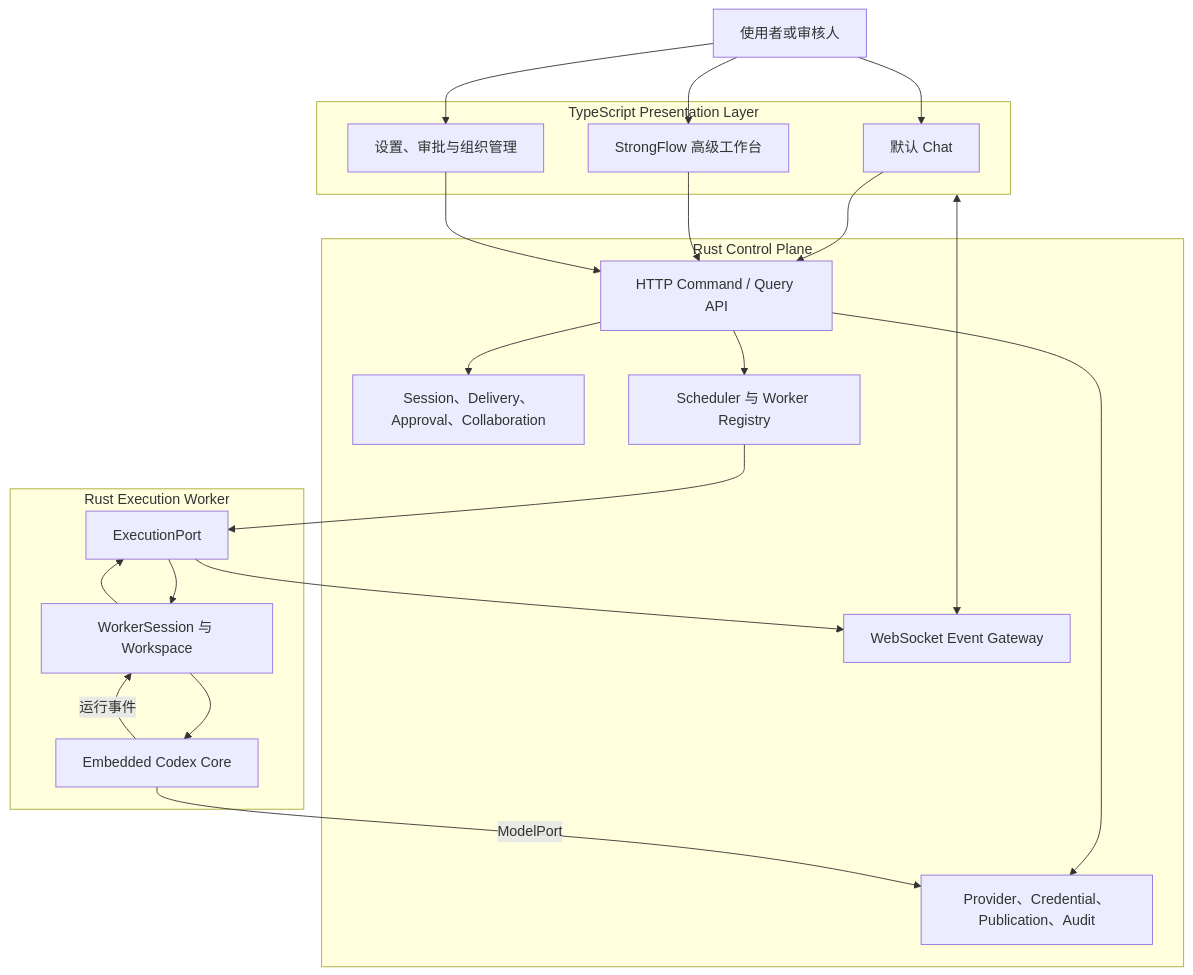
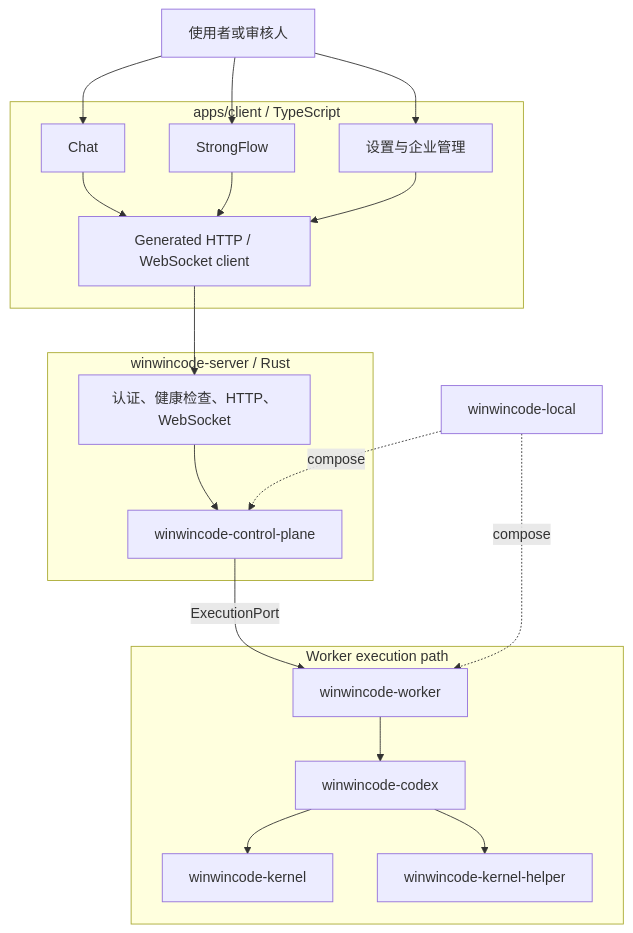
The first of 2 diagrams in docs/architecture.md (changw98ic/winwincode), drawn with Mermaid before and after one commit. The commit also changed other lines of this file and 722 other files, not shown here.

Commit message:
feat: complete Rust control plane cutover

````diff
--- a/docs/architecture.md
+++ b/docs/architecture.md
@@ -33,33 +48,29 @@
 ```mermaid
 flowchart TB
-  Human[使用者或审核人]
+  User[使用者或审核人]
+  subgraph Client[apps/client / TypeScript]
+    Chat[Chat]
+    Flow[StrongFlow]
+    Admin[设置与企业管理]
+    Generated[Generated HTTP / WebSocket client]
+  end
+  subgraph Server[winwincode-server / Rust]
+    Boundary[认证、健康检查、HTTP、WebSocket]
+    CP[winwincode-control-plane]
+  end
+  subgraph Execution[Worker execution path]
+    Worker[winwincode-worker]
+    Adapter[winwincode-codex]
+    Kernel[winwincode-kernel]
+    Helper[winwincode-kernel-helper]
+  end
+  Local[winwincode-local]
 
-  subgraph Web[TypeScript Presentation Layer]
-    Chat[默认 Chat]
-    Workbench[StrongFlow 高级工作台]
-    Admin[设置、审批与组织管理]
-  end
-
-  subgraph ControlPlane[Rust Control Plane]
-    API[HTTP Command / Query API]
-    Realtime[WebSocket Event Gateway]
-    Product[Session、Delivery、Approval、Collaboration]
-    Gateway[Provider、Credential、Publication、Audit]
-    Scheduler[Scheduler 与 Worker Registry]
-  end
-
-  subgraph Worker[Rust Execution Worker]
-    Port[ExecutionPort]
-    Runtime[WorkerSession 与 Workspace]
-    Kernel[Embedded Codex Core]
-  end
-
-  Human --> Chat & Workbench & Admin
-  Chat & Workbench & Admin --> API
-  Web <--> Realtime
-  API --> Product & Gateway & Scheduler
-  Scheduler --> Port
-  Port --> Runtime --> Kernel
-  Kernel -->|ModelPort| Gateway
-  Kernel -->|运行事件| Runtime --> Port --> Realtime
+  User --> Chat & Flow & Admin
+  Chat & Flow & Admin --> Generated
+  Generated --> Boundary --> CP
+  CP -->|ExecutionPort| Worker --> Adapter --> Kernel
+  Adapter --> Helper
+  Local -. compose .-> CP
+  Local -. compose .-> Worker
 ```
````
